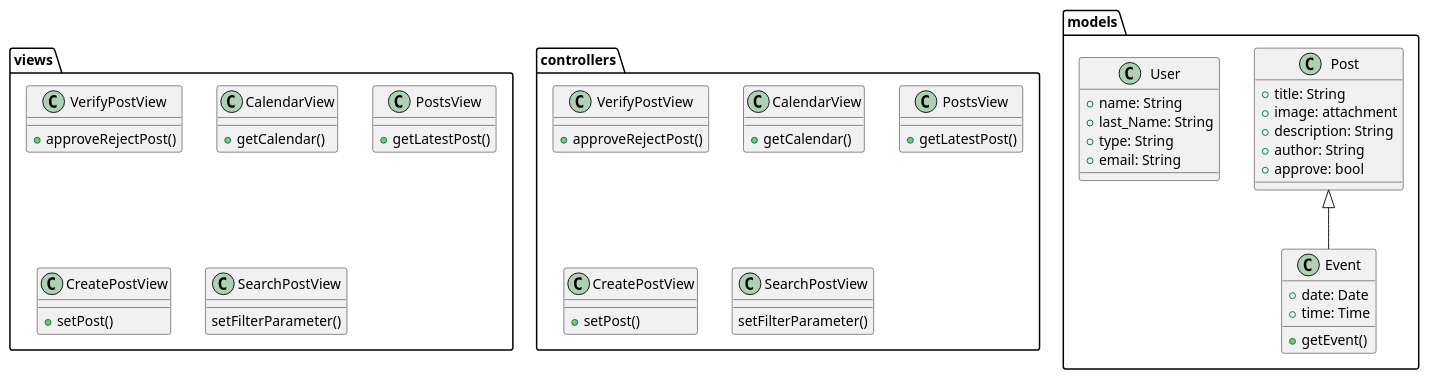
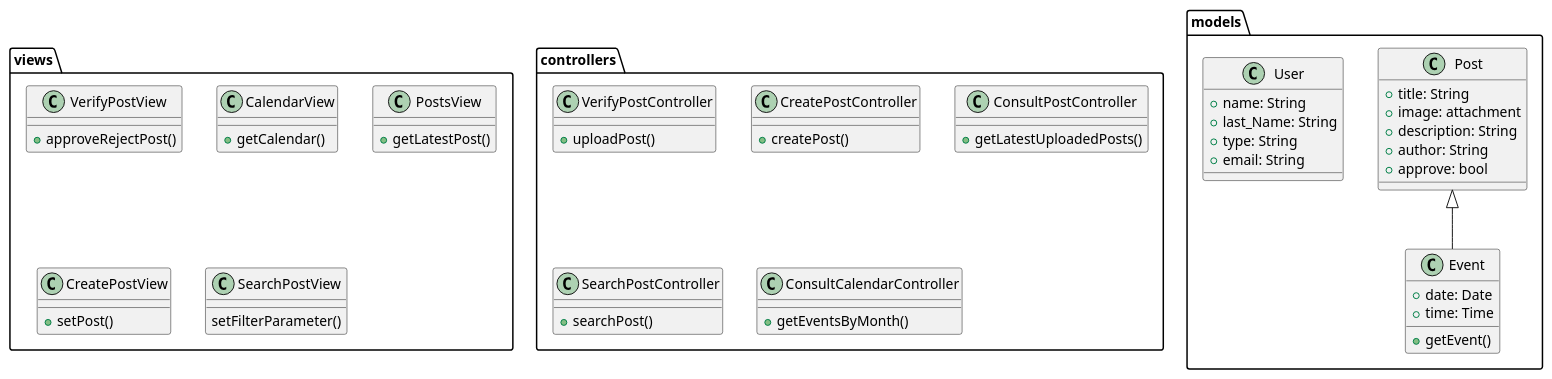
Before and after one commit to Dayannis-07/ING_SOFT: the diagram in docs/scenariosView/packageDiagramDescreption.plantuml, drawn with PlantUML. The commit also changed 3 other files, not shown here.

```diff
--- a/docs/scenariosView/packageDiagramDescreption.plantuml
+++ b/docs/scenariosView/packageDiagramDescreption.plantuml
@@ -1,68 +1,68 @@
 @startuml packageDiagramDescription
 
 allowmixing
 
 package views <<Folder>> {
     class VerifyPostView{
 +approveRejectPost()
 }
 class CalendarView{
   +getCalendar()
 }
 class PostsView{
   +getLatestPost()
 }
 class CreatePostView{
  +setPost()
 }
 class SearchPostView{
   setFilterParameter()
 }
 }
    
 
 package controllers <<Folder>> {
-class VerifyPostView{
-+approveRejectPost()
+class VerifyPostController{
++uploadPost()
 }
-class CalendarView{
-  +getCalendar()
+class CreatePostController{
+  +createPost()
 }
-class PostsView{
-  +getLatestPost()
+class ConsultPostController{
++ getLatestUploadedPosts()
 }
-class CreatePostView{
- +setPost()
+class SearchPostController{
++searchPost()
 }
-class SearchPostView{
-  setFilterParameter()
+class ConsultCalendarController{
+  +getEventsByMonth()
 }
 }
 
 package models <<Folder>> {
 
     class Post{
         +title: String
         +image: attachment
         +description: String
         +author: String
         +approve: bool
     
 }
 class Event{
   +date: Date 
   +time: Time
   +getEvent()
 }
 Post<|--Event
 
 class User{
  +name: String
     +last_Name: String
     +type: String
     +email: String
 }
 }
 
 
 @enduml
```
